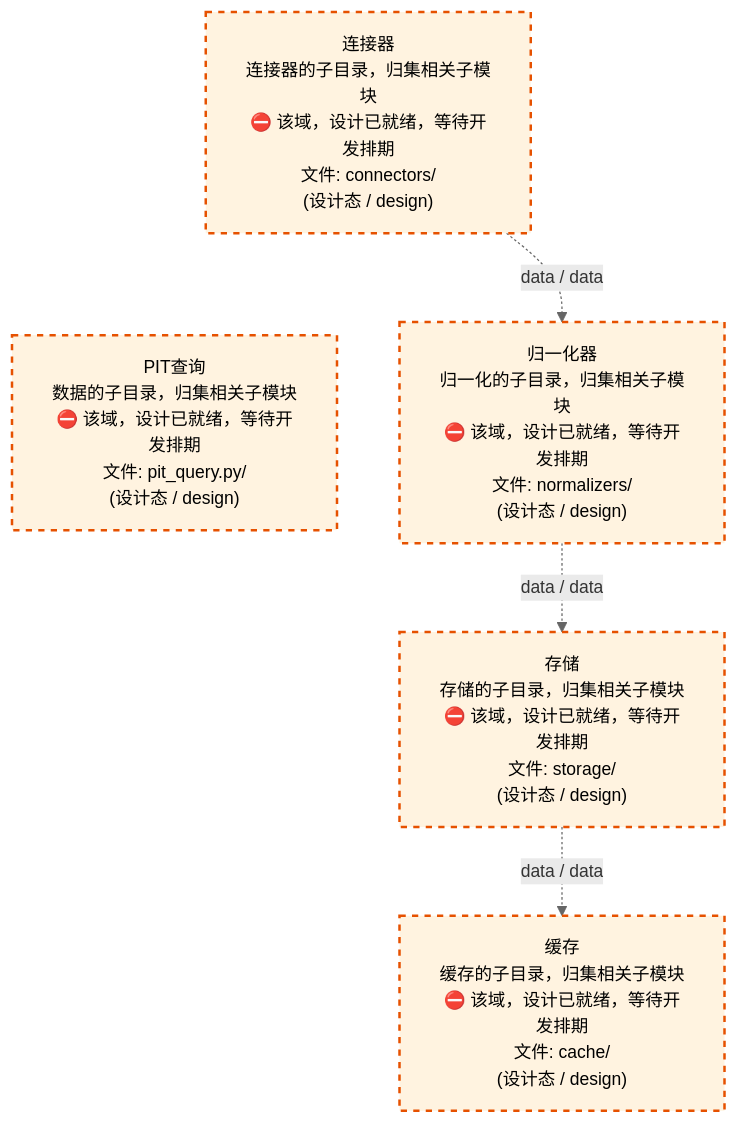
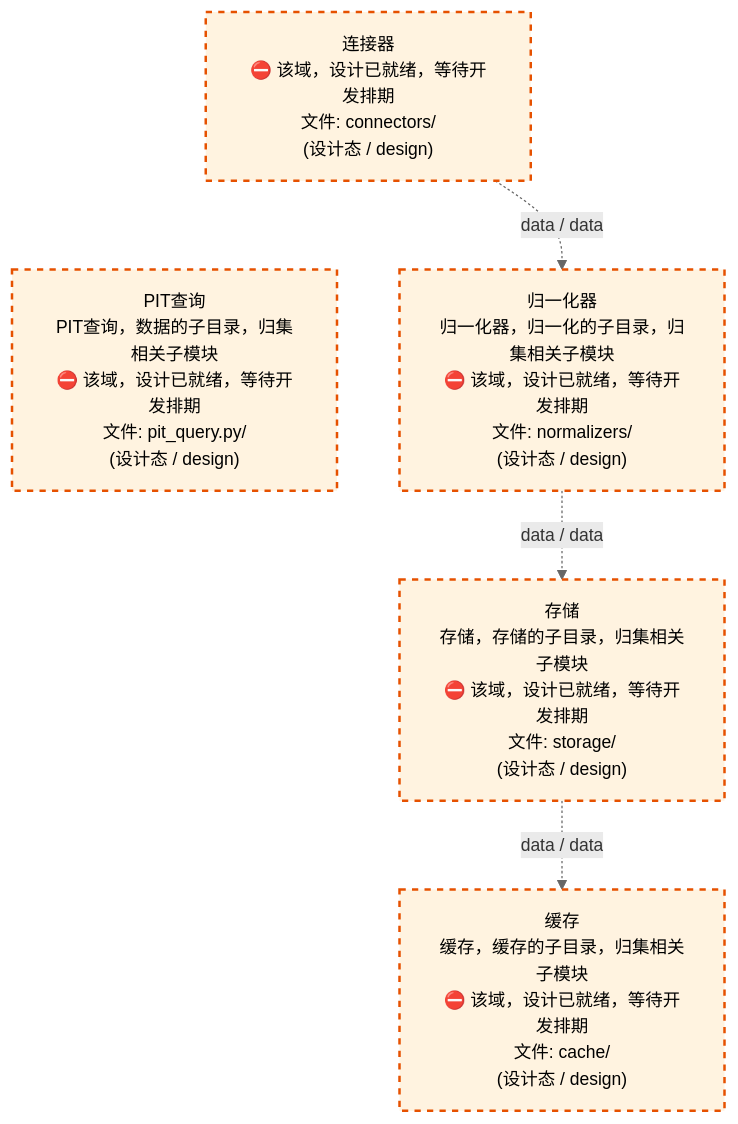
Before and after one commit to xuanFelixVan/ZephyrAlpha: the third of 4 diagrams in docs/02_enterprise_architecture/02_domain_architecture_docs/11_d_data.md, drawn with Mermaid. The commit also changed other lines of this file and 63 other files, not shown here.

````diff
--- a/docs/02_enterprise_architecture/02_domain_architecture_docs/11_d_data.md
+++ b/docs/02_enterprise_architecture/02_domain_architecture_docs/11_d_data.md
@@ -1293,18 +1293,18 @@
 ```mermaid
 %%{init: {'theme': 'base', 'themeVariables': {'primaryColor': '#eaeaea', 'primaryTextColor': '#333333', 'primaryBorderColor': '#666666', 'lineColor': '#666666', 'secondaryColor': '#eaeaea', 'tertiaryColor': '#eaeaea', 'fontSize': '14px'}}}%%
 flowchart TD
-    src_zephyr_data_connectors["连接器<br/>连接器的子目录，归集相关子模块<br/>⛔ 该域，设计已就绪，等待开发排期<br/>文件: connectors/<br/>(设计态 / design)"]
-    src_zephyr_data_pit_query_py["PIT查询<br/>数据的子目录，归集相关子模块<br/>⛔ 该域，设计已就绪，等待开发排期<br/>文件: pit_query.py/<br/>(设计态 / design)"]
+    src_zephyr_data_connectors["连接器<br/>⛔ 该域，设计已就绪，等待开发排期<br/>文件: connectors/<br/>(设计态 / design)"]
+    src_zephyr_data_pit_query_py["PIT查询<br/>PIT查询，数据的子目录，归集相关子模块<br/>⛔ 该域，设计已就绪，等待开发排期<br/>文件: pit_query.py/<br/>(设计态 / design)"]
     src_zephyr_data_connectors ~~~ src_zephyr_data_pit_query_py
-    src_zephyr_data_normalizers["归一化器<br/>归一化的子目录，归集相关子模块<br/>⛔ 该域，设计已就绪，等待开发排期<br/>文件: normalizers/<br/>(设计态 / design)"]
-    src_zephyr_data_storage["存储<br/>存储的子目录，归集相关子模块<br/>⛔ 该域，设计已就绪，等待开发排期<br/>文件: storage/<br/>(设计态 / design)"]
-    src_zephyr_data_cache["缓存<br/>缓存的子目录，归集相关子模块<br/>⛔ 该域，设计已就绪，等待开发排期<br/>文件: cache/<br/>(设计态 / design)"]
+    src_zephyr_data_normalizers["归一化器<br/>归一化器，归一化的子目录，归集相关子模块<br/>⛔ 该域，设计已就绪，等待开发排期<br/>文件: normalizers/<br/>(设计态 / design)"]
+    src_zephyr_data_storage["存储<br/>存储，存储的子目录，归集相关子模块<br/>⛔ 该域，设计已就绪，等待开发排期<br/>文件: storage/<br/>(设计态 / design)"]
+    src_zephyr_data_cache["缓存<br/>缓存，缓存的子目录，归集相关子模块<br/>⛔ 该域，设计已就绪，等待开发排期<br/>文件: cache/<br/>(设计态 / design)"]
     src_zephyr_data_connectors -.->|data / data| src_zephyr_data_normalizers
     src_zephyr_data_normalizers -.->|data / data| src_zephyr_data_storage
     src_zephyr_data_storage -.->|data / data| src_zephyr_data_cache
     classDef production fill:#e1f5fe,stroke:#01579b,stroke-width:2px,color:#000
     classDef design fill:#fff3e0,stroke:#e65100,stroke-width:2px,color:#000,stroke-dasharray: 5 5
     classDef external_prod fill:#e8f4fd,stroke:#0277bd,stroke-width:1px,color:#000
     classDef external_design fill:#fff8e7,stroke:#ef6c00,stroke-width:1px,color:#000,stroke-dasharray: 5 5
     class src_zephyr_data_cache,src_zephyr_data_connectors,src_zephyr_data_normalizers,src_zephyr_data_pit_query_py,src_zephyr_data_storage design
 ```
````
